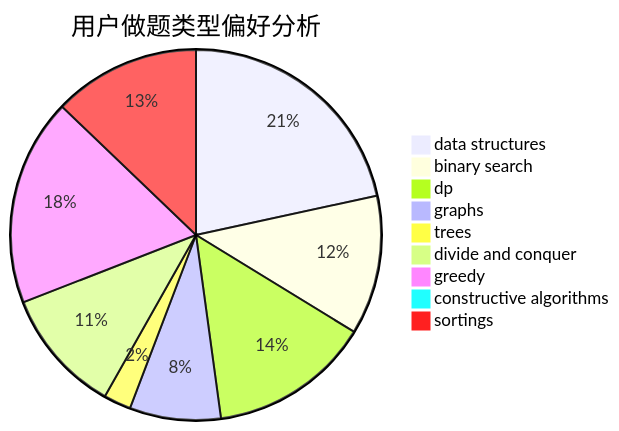
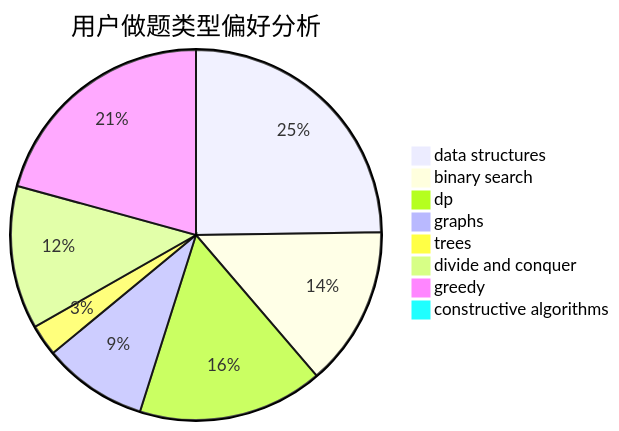
The second of 3 diagrams in docs/user/u836.md (sherpahu/cfrs.github.io), drawn with Mermaid before and after one commit. The commit also changed other lines of this file and 2769 other files, not shown here.

````diff
--- a/docs/user/u836.md
+++ b/docs/user/u836.md
@@ -18,12 +18,11 @@
 ```mermaid
 pie title 用户做题类型偏好分析
     "data structures" :  190
     "binary search" :  107
     "dp" :  124
     "graphs" :  70
     "trees" :  21
     "divide and conquer" :  96
     "greedy" :  159
     "constructive algorithms" :  5
-    "sortings" :  113
 ```
````
